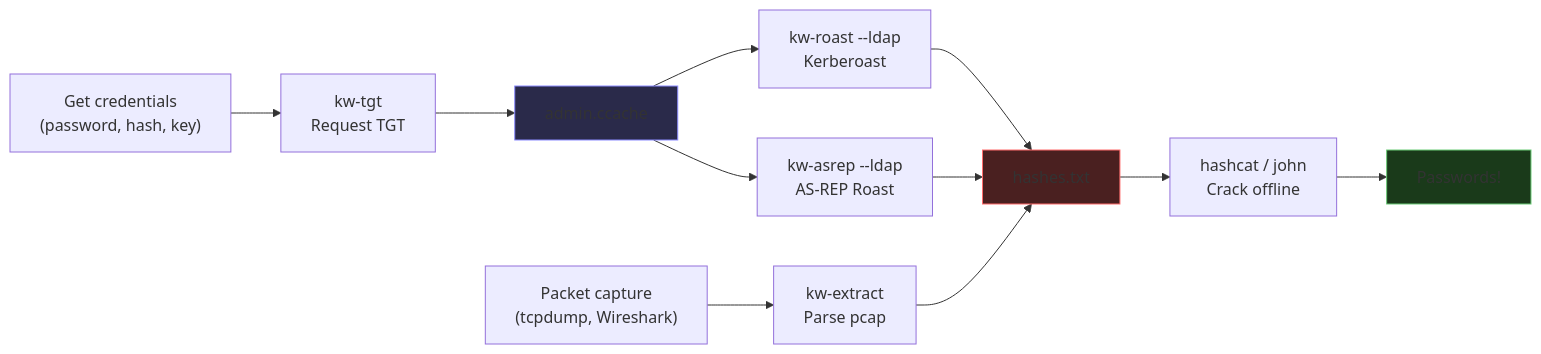
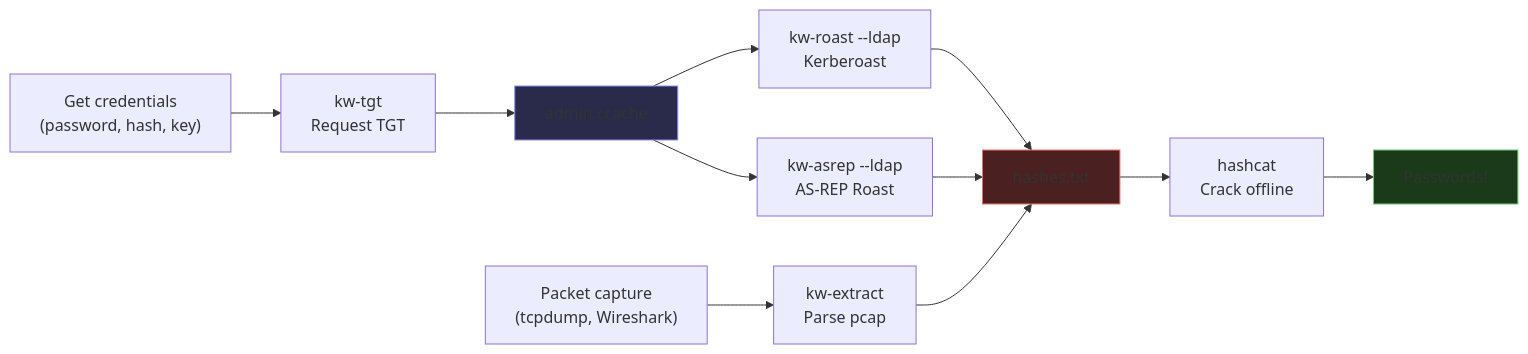
One commit to StrongWind1/KerbWolf changed the second of 3 diagrams in docs/guide/index.md. Above: the diagram before and after it, drawn with Mermaid. The commit also changed other lines of this file and 13 other files, not shown here.

````diff
--- a/docs/guide/index.md
+++ b/docs/guide/index.md
@@ -98,17 +98,17 @@
 ```mermaid
 flowchart LR
     A["Get credentials<br/>(password, hash, key)"] --> B["kw-tgt<br/>Request TGT"]
     B --> C["admin.ccache"]
     C --> D["kw-roast --ldap<br/>Kerberoast"]
     C --> E["kw-asrep --ldap<br/>AS-REP Roast"]
     D & E --> F["hashes.txt"]
-    F --> G["hashcat / john<br/>Crack offline"]
+    F --> G["hashcat<br/>Crack offline"]
     G --> H["Passwords!"]
 
     Z["Packet capture<br/>(tcpdump, Wireshark)"] --> Y["kw-extract<br/>Parse pcap"]
     Y --> F
 
     style C fill:#2a2a4a,stroke:#8b8bff
     style F fill:#4a2020,stroke:#ff6b6b
     style H fill:#1a3a1a,stroke:#6bcb77
 ```
````
